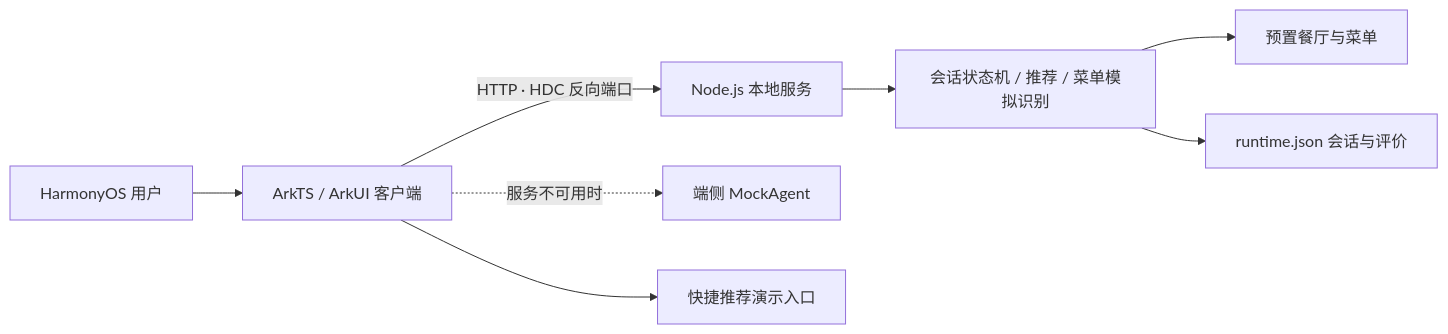
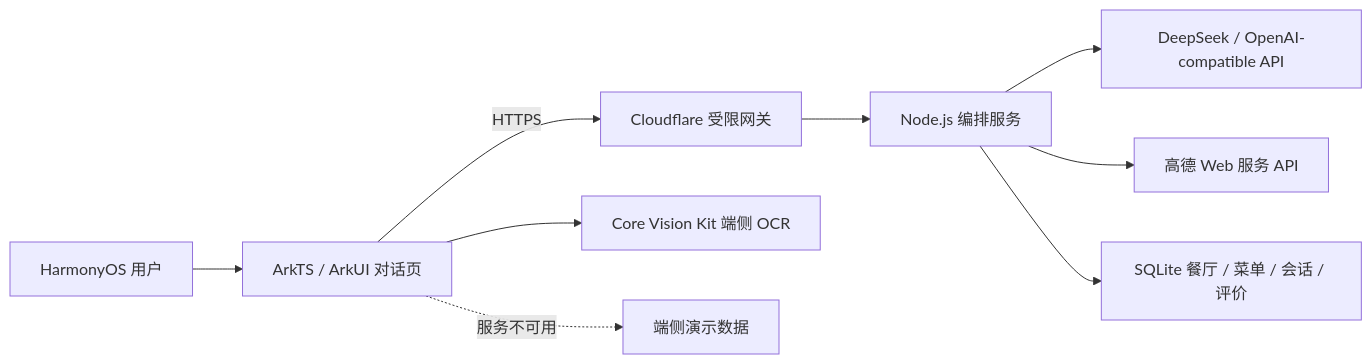
Before and after one commit to alleny526/restaurant-agent: the diagram in docs/architecture.md, drawn with Mermaid. The commit also changed other lines of this file and 34 other files, not shown here.

````diff
--- a/docs/architecture.md
+++ b/docs/architecture.md
@@ -3,10 +3,11 @@
 ```mermaid
 flowchart LR
-  U["HarmonyOS 用户"] --> APP["ArkTS / ArkUI 客户端"]
-  APP -->|"HTTP · HDC 反向端口"| API["Node.js 本地服务"]
-  API --> ORCH["会话状态机 / 推荐 / 菜单模拟识别"]
-  ORCH --> SEED["预置餐厅与菜单"]
-  ORCH --> JSON["runtime.json 会话与评价"]
-  APP -.->|"服务不可用时"| MOCK["端侧 MockAgent"]
-  APP --> QUICK["快捷推荐演示入口"]
+  U["HarmonyOS 用户"] --> APP["ArkTS / ArkUI 对话页"]
+  APP -->|"HTTPS"| GW["Cloudflare 受限网关"]
+  GW --> API["Node.js 编排服务"]
+  API --> LLM["DeepSeek / OpenAI-compatible API"]
+  API --> AMAP["高德 Web 服务 API"]
+  API --> DB["SQLite 餐厅 / 菜单 / 会话 / 评价"]
+  APP --> OCR["Core Vision Kit 端侧 OCR"]
+  APP -.->|"服务不可用"| MOCK["端侧演示数据"]
 ```
````
